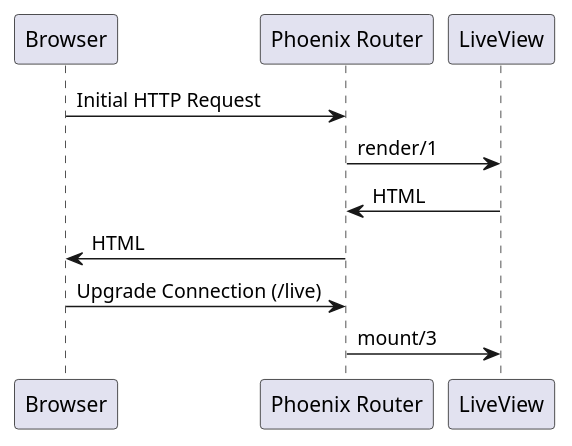
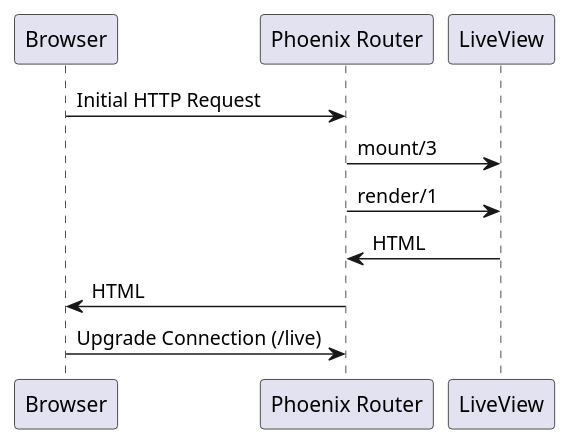
One commit to aglassman/live-view-demo changed the diagram in priv/plantuml/live-view-lifecycle.puml. Above: the diagram before and after it, drawn with PlantUML. The commit also changed other lines of this file and 1 other file, not shown here.

```diff
--- a/priv/plantuml/live-view-lifecycle.puml
+++ b/priv/plantuml/live-view-lifecycle.puml
@@ -1,8 +1,8 @@
 @startuml
 Browser -> "Phoenix Router": Initial HTTP Request
+"Phoenix Router" -> LiveView: mount/3
 "Phoenix Router" -> LiveView: render/1
 "Phoenix Router" <- LiveView: HTML
 Browser <- "Phoenix Router": HTML
 Browser -> "Phoenix Router": Upgrade Connection (/live)
-"Phoenix Router" -> LiveView: mount/3
 @enduml
```
